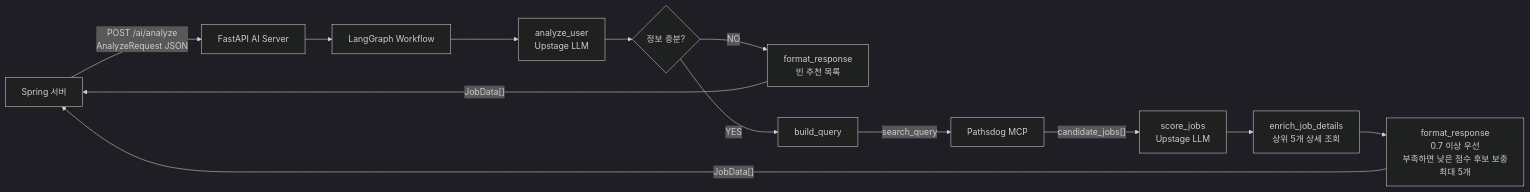
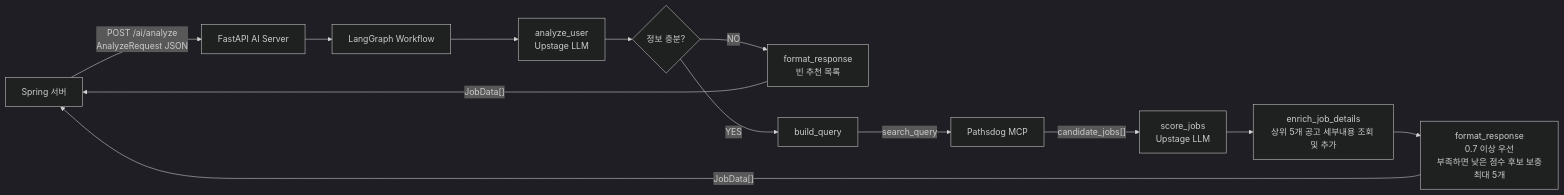
One commit to msde76/-ai-sw-maestro-ai-study-05 changed the first of 2 diagrams in ai_server/README.md. Above: the diagram before and after it, drawn with Mermaid (dark theme). The commit also changed other lines of this file, not shown here.

Commit message:
docs: clarify top job detail enrichment

````diff
--- a/ai_server/README.md
+++ b/ai_server/README.md
@@ -40,15 +40,15 @@
 ```mermaid
 flowchart LR
     Spring["Spring 서버"] -->|"POST /ai/analyze\nAnalyzeRequest JSON"| FastAPI["FastAPI AI Server"]
     FastAPI --> Graph["LangGraph Workflow"]
     Graph --> User["analyze_user\nUpstage LLM"]
     User --> Check{"정보 충분?"}
     Check -->|"NO"| Empty["format_response\n빈 추천 목록"]
     Check -->|"YES"| Query["build_query"]
     Query -->|"search_query"| Pathsdog["Pathsdog MCP"]
     Pathsdog -->|"candidate_jobs[]"| Score["score_jobs\nUpstage LLM"]
-    Score --> Enrich["enrich_job_details\n상위 5개 상세 조회"]
+    Score --> Enrich["enrich_job_details\n상위 5개 공고 세부내용 조회 및 추가"]
     Enrich --> Format["format_response\n0.7 이상 우선\n부족하면 낮은 점수 후보 보충\n최대 5개"]
     Format -->|"JobData[]"| Spring
     Empty -->|"JobData[]"| Spring
 ```
````
